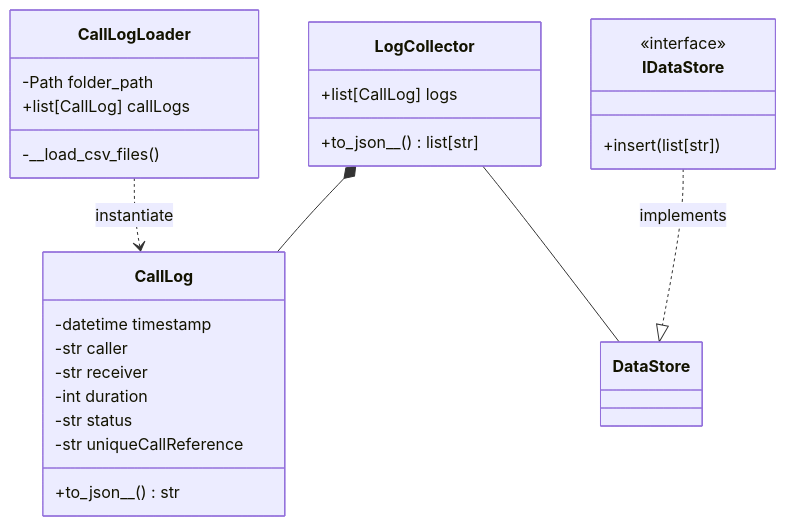
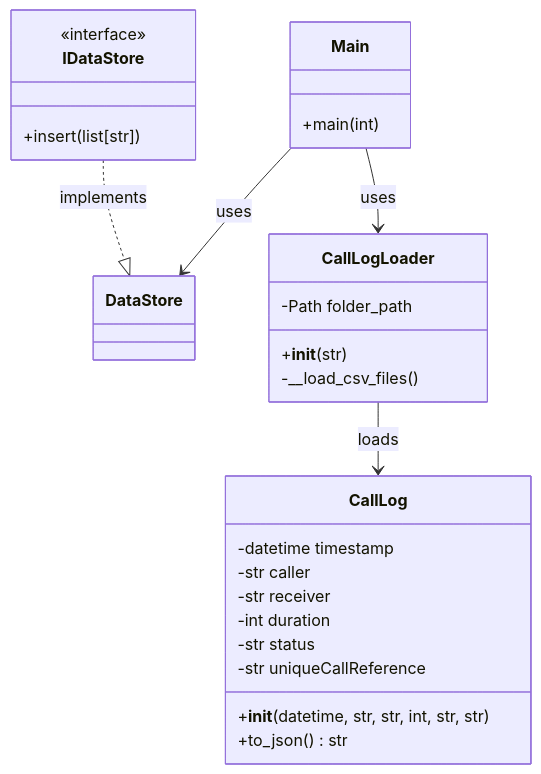
The second of 5 diagrams in docs/drs.md (Davide-OttoneCasagrande/Call-Log-Handler), drawn with Mermaid before and after one commit. The commit also changed other lines of this file and 5 other files, not shown here.

Commit message:
Refactored call log processing to use a generator (yield)

```diff
--- a/docs/drs.md
+++ b/docs/drs.md
@@ -168,36 +165,38 @@
 ::: mermaid
 classDiagram
-    CallLogLoader ..> CallLog : instantiate
-    LogCollector *-- CallLog
-    LogCollector -- DataStore
+
     IDataStore ..|> DataStore : implements
+    CallLogLoader --> CallLog : loads
+    Main --> CallLogLoader : uses
+    Main --> DataStore : uses 
 
 
     class CallLog {
         -datetime timestamp
         -str caller
         -str receiver
         -int duration
         -str status
         -str uniqueCallReference
-        +to_json__() str
+        +__init__(datetime, str, str, int, str, str)
+        +to_json() str
     }
    
     class CallLogLoader {
         -Path folder_path
-        +list[CallLog] callLogs
+        +__init__(str)
         -__load_csv_files()
     }
-
-    class LogCollector {
-        +list[CallLog] logs
-        +to_json__() list[str]
-    }
     
     class IDataStore {
         <<interface>>
         +insert(list[str])
     }
 
     class DataStore { }
+
+    
+class Main {
+        +main(int)
+    }
 :::
```
